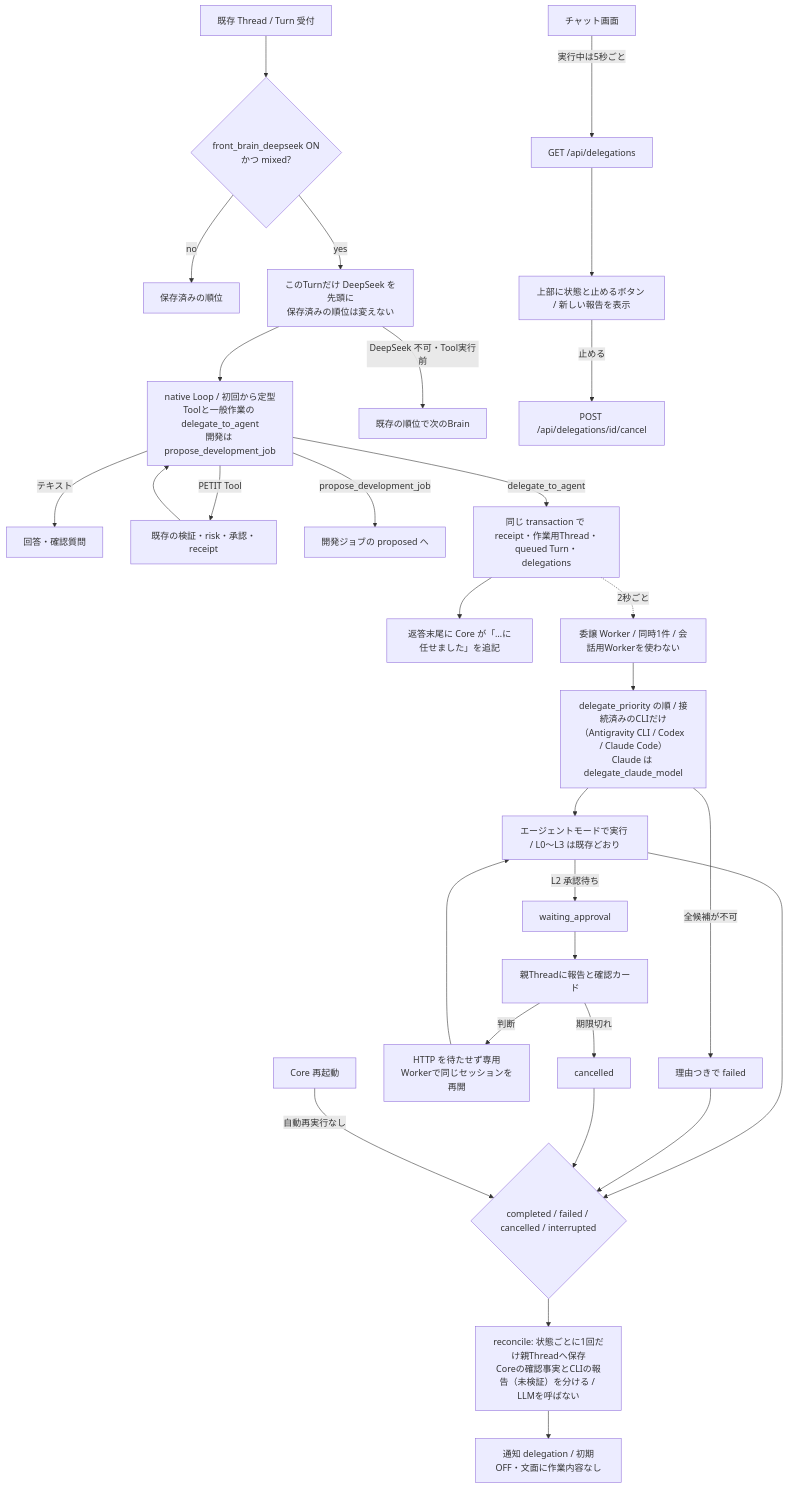
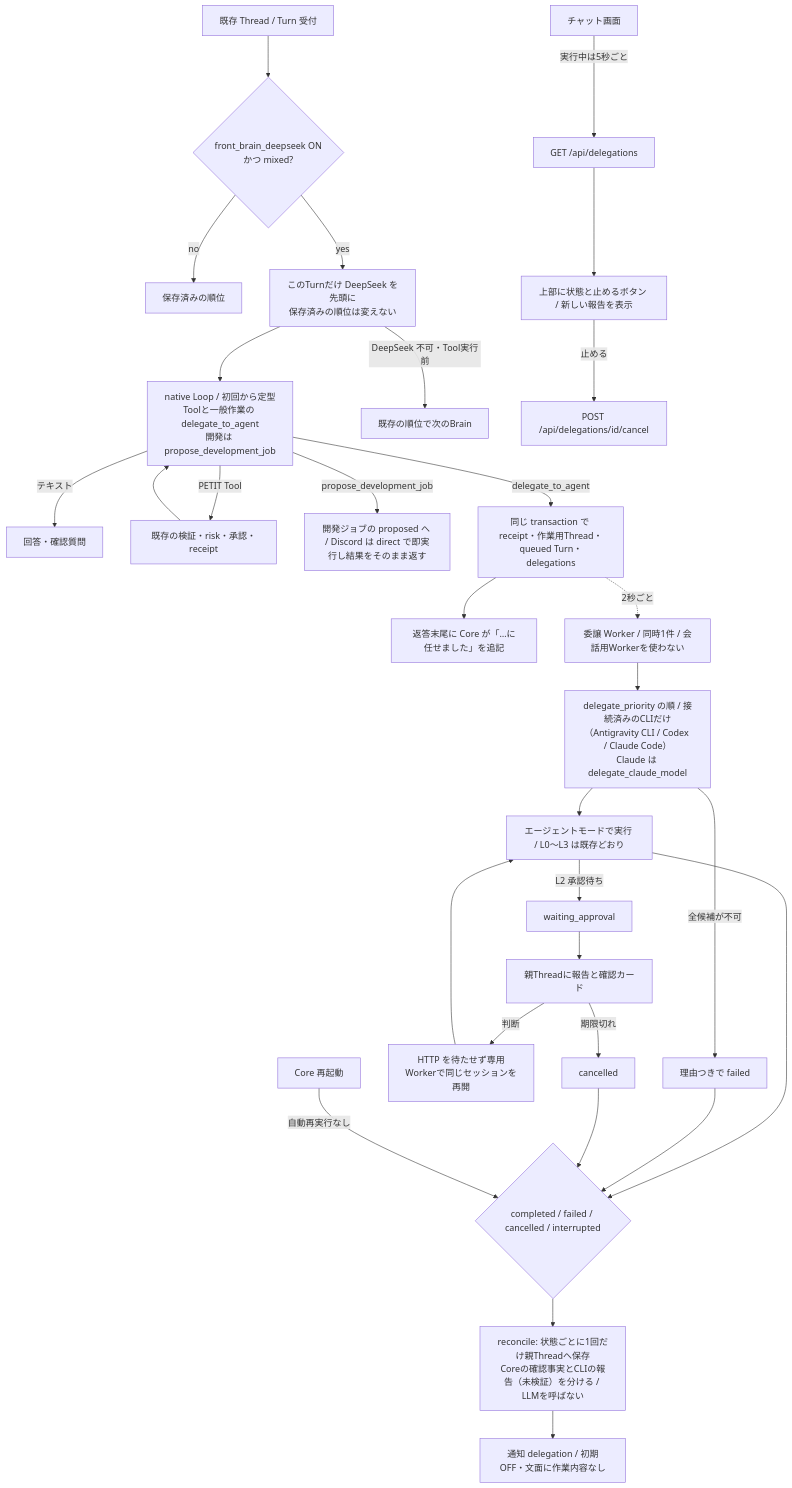
The eighth of 48 diagrams in docs/runtime-flows.md (Soso2e/PETIT), drawn with Mermaid before and after one commit. The commit also changed 17 other files, not shown here.

````diff
--- a/docs/runtime-flows.md
+++ b/docs/runtime-flows.md
@@ -195,32 +195,32 @@
 ```mermaid
 flowchart TD
     Turn[既存 Thread / Turn 受付] --> Order{front_brain_deepseek ON<br/>かつ mixed?}
     Order -->|no| Saved[保存済みの順位]
     Order -->|yes| Front[このTurnだけ DeepSeek を先頭に<br/>保存済みの順位は変えない]
     Front --> Native[native Loop / 初回から定型Toolと一般作業の delegate_to_agent<br/>開発は propose_development_job]
     Front -->|DeepSeek 不可・Tool実行前| Fallback[既存の順位で次のBrain]
     Native -->|テキスト| Reply[回答・確認質問]
     Native -->|PETIT Tool| Gate[既存の検証・risk・承認・receipt]
     Gate --> Native
-    Native -->|propose_development_job| DevJob[開発ジョブの proposed へ]
+    Native -->|propose_development_job| DevJob[開発ジョブの proposed へ / Discord は direct で即実行し結果をそのまま返す]
     Native -->|delegate_to_agent| Create[同じ transaction で receipt・作業用Thread・queued Turn・delegations]
     Create --> Notice[返答末尾に Core が「…に任せました」を追記]
     Create -.->|2秒ごと| Worker[委譲 Worker / 同時1件 / 会話用Workerを使わない]
     Worker --> Pick[delegate_priority の順 / 接続済みのCLIだけ（Antigravity CLI / Codex / Claude Code）<br/>Claude は delegate_claude_model]
     Pick --> Agent[エージェントモードで実行 / L0〜L3 は既存どおり]
     Pick -->|全候補が不可| Fail[理由つきで failed]
     Agent -->|L2 承認待ち| Wait[waiting_approval]
     Wait --> Parent[親Threadに報告と確認カード]
     Parent -->|判断| Resume[HTTP を待たせず専用Workerで同じセッションを再開]
     Resume --> Agent
     Parent -->|期限切れ| Cancelled[cancelled]
     Agent --> Done{completed / failed / cancelled / interrupted}
     Fail --> Done
     Cancelled --> Done
     Restart[Core 再起動] -->|自動再実行なし| Done
     Done --> Report[reconcile: 状態ごとに1回だけ親Threadへ保存<br/>Coreの確認事実とCLIの報告（未検証）を分ける / LLMを呼ばない]
     Report --> Notify[通知 delegation / 初期OFF・文面に作業内容なし]
     UI[チャット画面] -->|実行中は5秒ごと| Status[GET /api/delegations]
     Status --> Strip[上部に状態と止めるボタン / 新しい報告を表示]
     Strip -->|止める| Cancel[POST /api/delegations/id/cancel]
 ```
````
